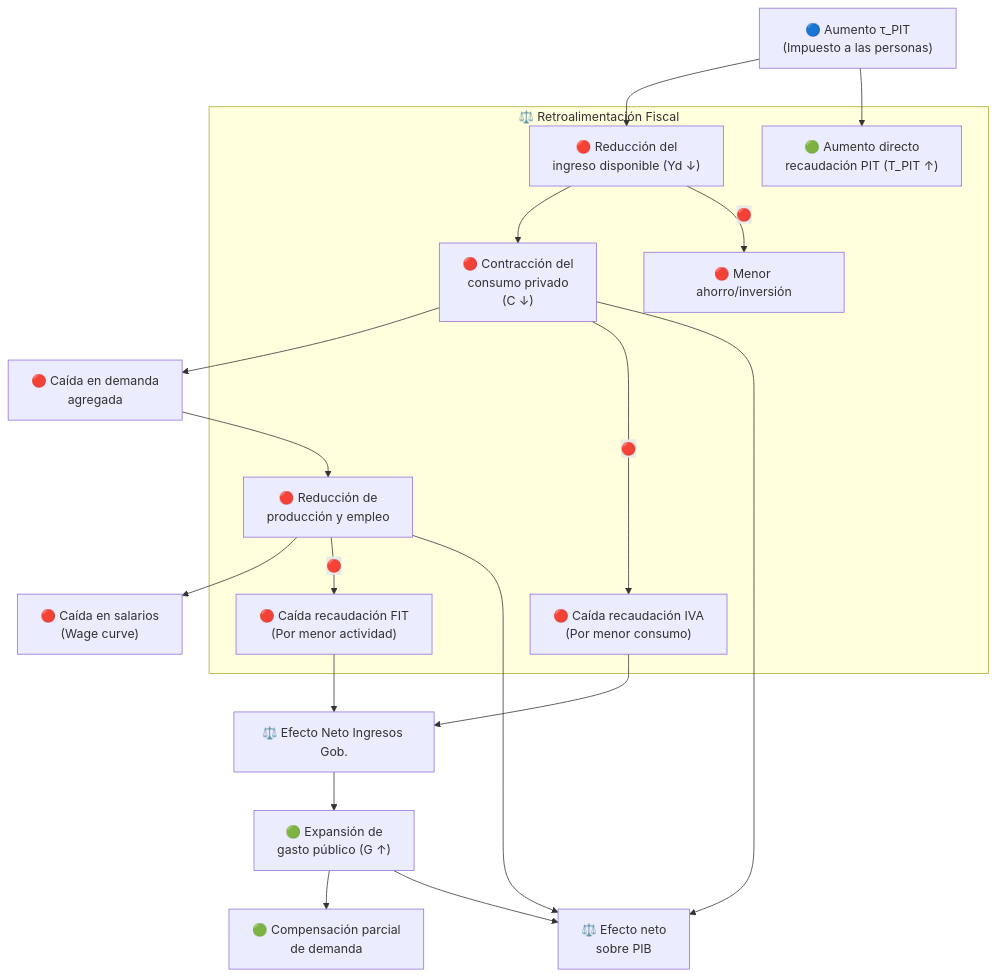
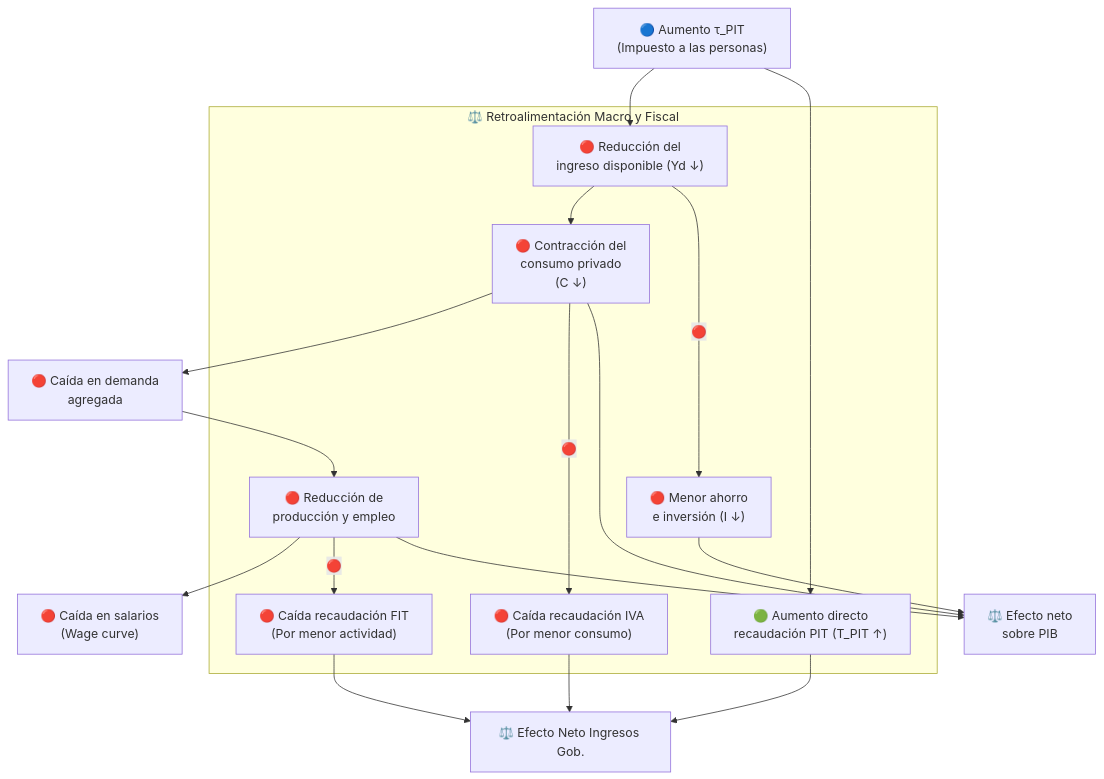
One commit to fcohenriquez/eq_general changed the third of 3 diagrams in documentacion/esquemas_transmision_politicas.md. Above: the diagram before and after it, drawn with Mermaid. The commit also changed other lines of this file and 1 other file, not shown here.

````diff
--- a/documentacion/esquemas_transmision_politicas.md
+++ b/documentacion/esquemas_transmision_politicas.md
@@ -132,27 +127,24 @@
 ```mermaid
 flowchart TD
     A["🔵 Aumento τ_PIT\n(Impuesto a las personas)"]
 
     A --> B["🔴 Reducción del\ningreso disponible (Yd ↓)"]
     B --> C["🔴 Contracción del\nconsumo privado\n(C ↓)"]
     C --> D["🔴 Caída en demanda\nagregada"]
 
     A --> E["🟢 Aumento directo\nrecaudación PIT (T_PIT ↑)"]
 
     D --> I["🔴 Reducción de\nproducción y empleo"]
     I --> J["🔴 Caída en salarios\n(Wage curve)"]
 
-    subgraph Recaudacion["⚖️ Retroalimentación Fiscal"]
+    subgraph Retroalimentacion["⚖️ Retroalimentación Macro y Fiscal"]
         E
         C -- "🔴" --> T_IVA["🔴 Caída recaudación IVA\n(Por menor consumo)"]
         I -- "🔴" --> T_FIT["🔴 Caída recaudación FIT\n(Por menor actividad)"]
-        B -- "🔴" --> T_SAV["🔴 Menor ahorro/inversión"]
+        B -- "🔴" --> T_SAV["🔴 Menor ahorro\ne inversión (I ↓)"]
     end
 
-    T_IVA & T_FIT --> F["⚖️ Efecto Neto Ingresos Gob."]
-    F --> G["🟢 Expansión de\ngasto público (G ↑)"]
-
-    G --> H["🟢 Compensación parcial\nde demanda"]
-
-    C & G & I --> R["⚖️ Efecto neto\nsobre PIB"]
+    T_IVA & T_FIT & E --> F["⚖️ Efecto Neto Ingresos Gob."]
+  
+    C & I & T_SAV--> R["⚖️ Efecto neto\nsobre PIB"]
 ```
````
